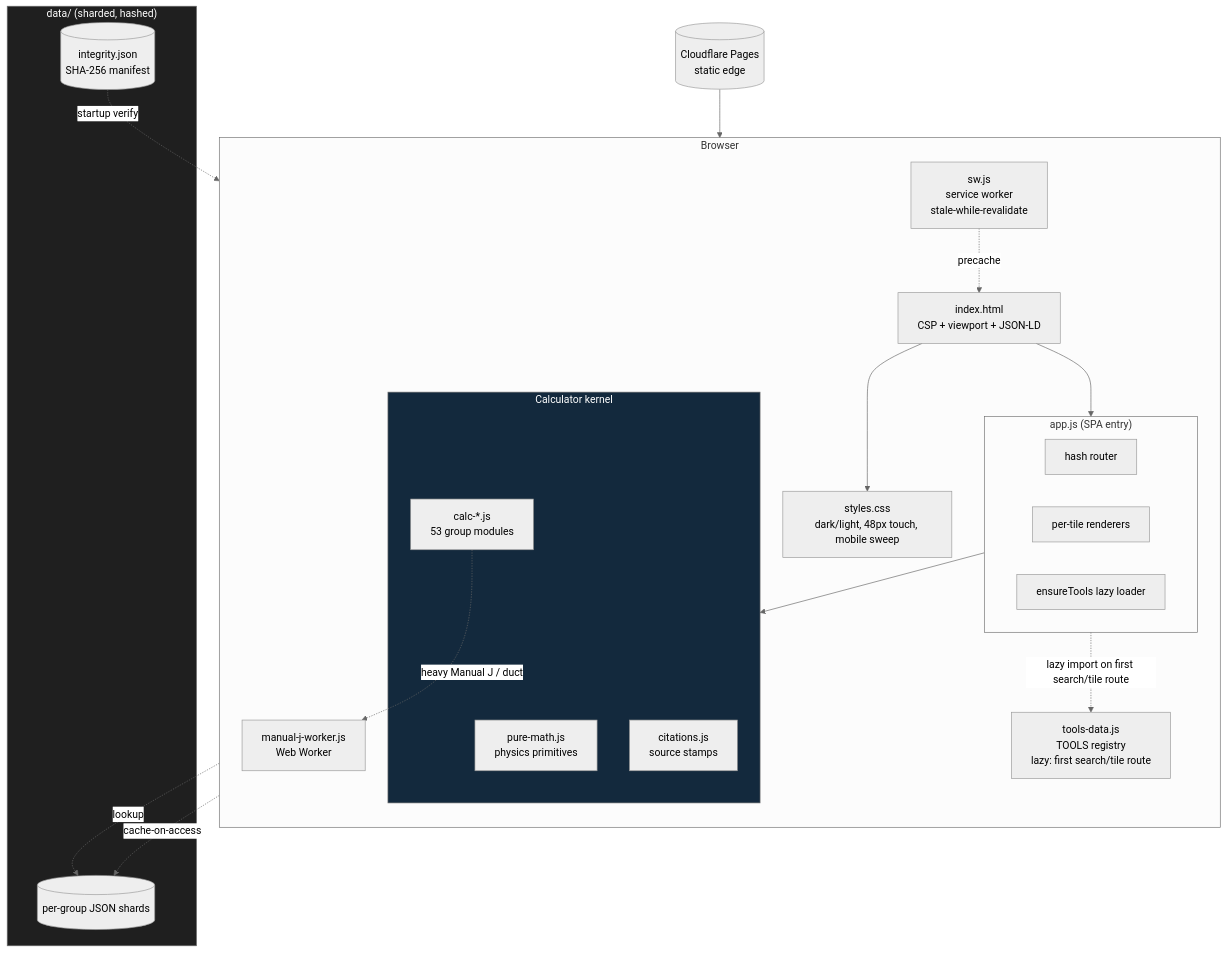
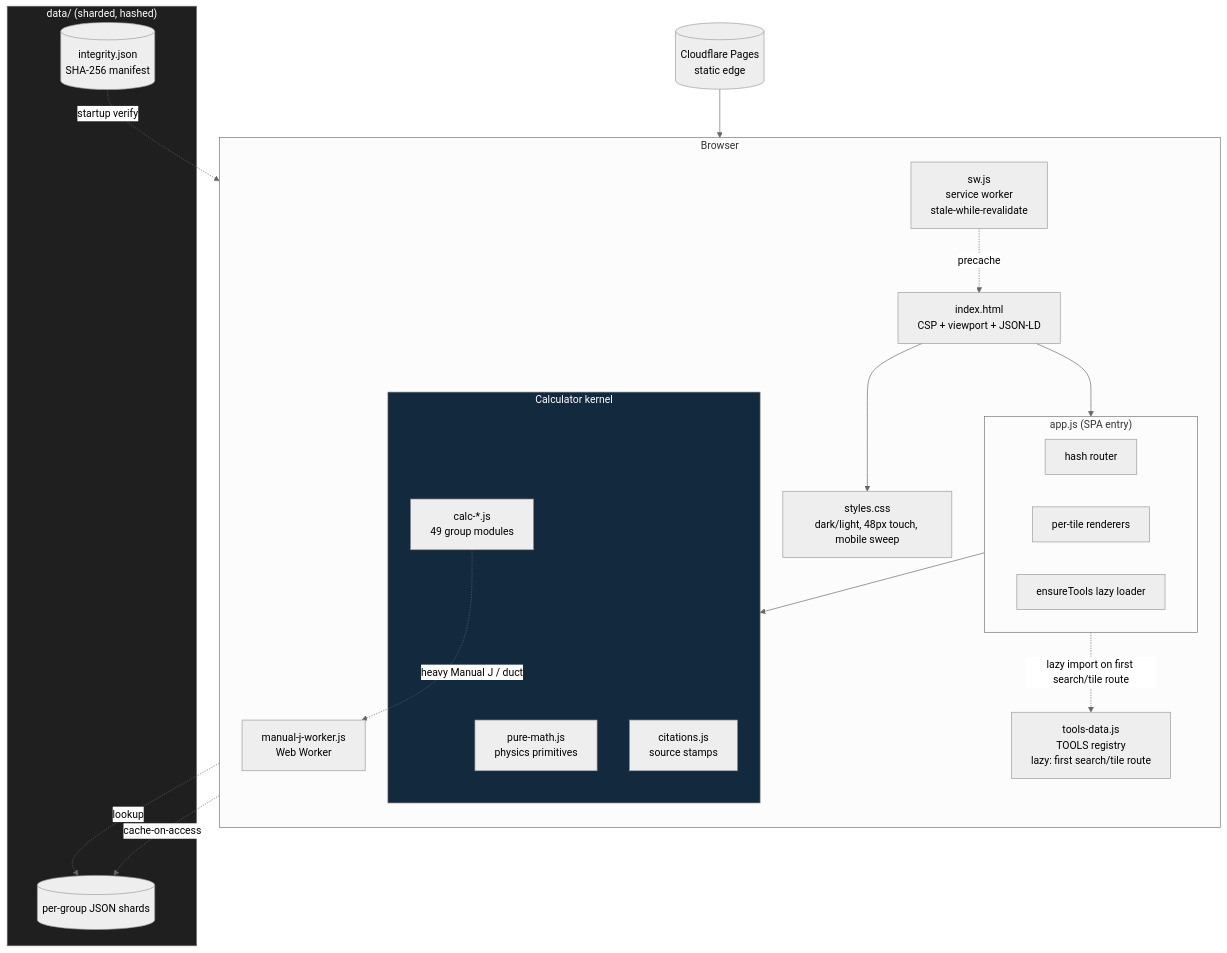
Before and after one commit to clay-good/roughlogic.com: the second of 8 diagrams in README.md, drawn with Mermaid (neutral theme). The commit also changed other lines of this file and 43 other files, not shown here.

````diff
--- a/README.md
+++ b/README.md
@@ -77,39 +77,39 @@
 ```mermaid
 flowchart TB
     subgraph Browser
         direction TB
         HTML[index.html\nCSP + viewport + JSON-LD]
         CSS[styles.css\ndark/light, 48px touch, mobile sweep]
         subgraph App["app.js (SPA entry)"]
             ROUTE[hash router]
             RENDER[per-tile renderers]
             ENSURE[ensureTools lazy loader]
         end
         TOOLS[tools-data.js\nTOOLS registry\nlazy: first search/tile route]
         subgraph Calc["Calculator kernel"]
             PM[pure-math.js\nphysics primitives]
-            CALC[calc-*.js\n53 group modules]
+            CALC[calc-*.js\n49 group modules]
             CIT[citations.js\nsource stamps]
         end
         SW[sw.js\nservice worker\nstale-while-revalidate]
         WORKER[manual-j-worker.js\nWeb Worker]
     end
     subgraph Data["data/ (sharded, hashed)"]
         SHARDS[(per-group JSON shards)]
         INTEG[(integrity.json\nSHA-256 manifest)]
     end
     CDN[(Cloudflare Pages\nstatic edge)]
 
     CDN --> HTML
     HTML --> CSS
     HTML --> App
     App -.lazy import on first search/tile route.-> TOOLS
     App --> Calc
     CALC -.->|heavy Manual J / duct| WORKER
     CALC -.->|lookup| SHARDS
     SW -.precache.-> HTML
     SW -.cache-on-access.-> SHARDS
     INTEG -.startup verify.-> App
     style Calc fill:#13293d,color:#fff
     style Data fill:#1f1f1f,color:#fff
 ```
````
